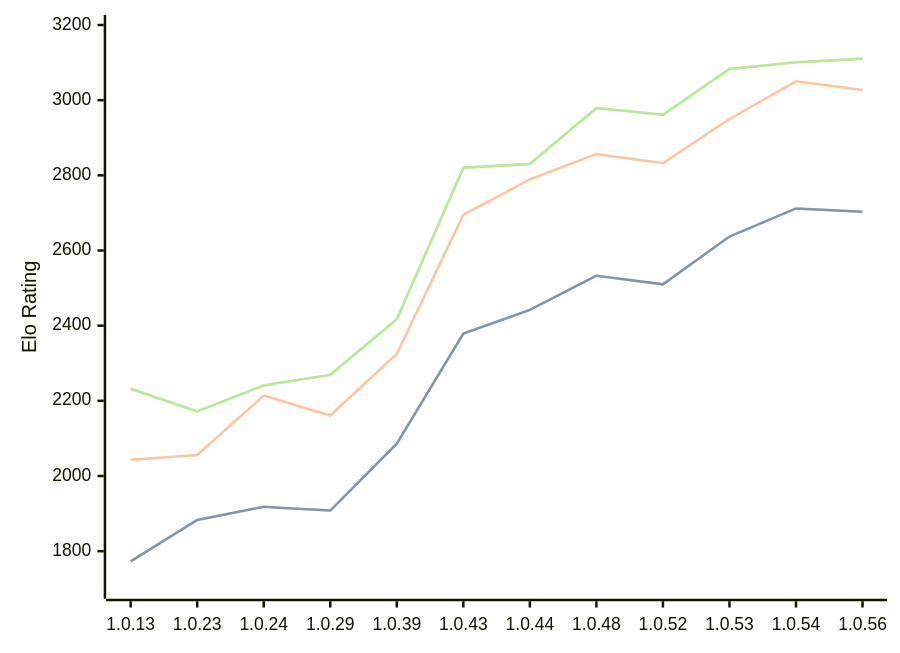
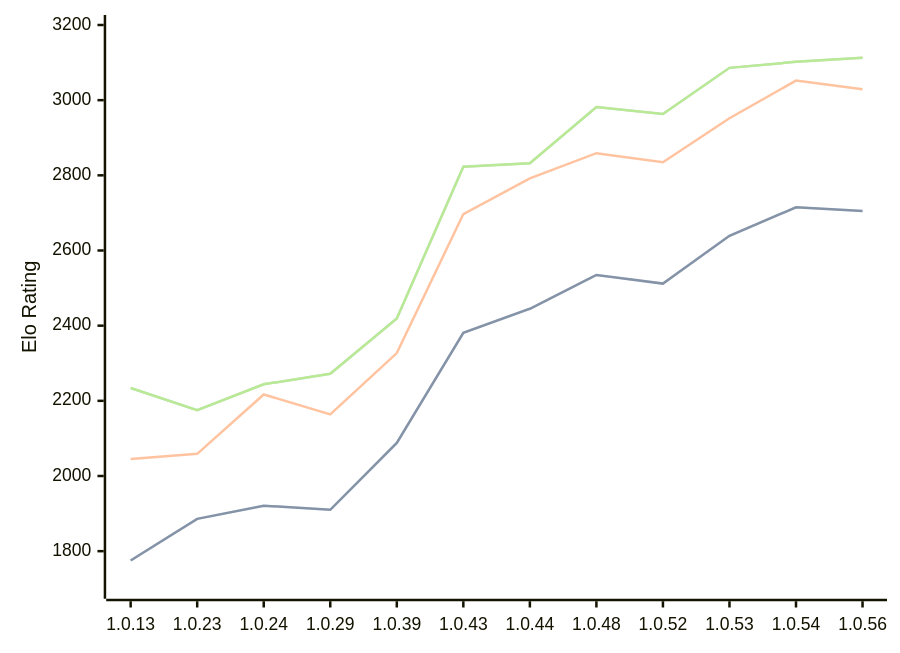
The diagram in engines/RustyRival.md (computer-chess-index/cci), drawn with Mermaid before and after one commit. The commit also changed other lines of this file, not shown here.

Commit message:
Update CCI Ratings (ELO VLTC) - 2026-09-24

````diff
--- a/engines/RustyRival.md
+++ b/engines/RustyRival.md
@@ -69,11 +69,11 @@
 ```mermaid
 %%{init: {"theme":"base","themeVariables":{"seriesColors:['#a3a3a3','#222221','#faa371']}}}%%
 xychart-beta
   x-axis ["1.0.13", "1.0.23", "1.0.24", "1.0.29", "1.0.39", "1.0.43", "1.0.44", "1.0.48", "1.0.52", "1.0.53", "1.0.54", "1.0.56"]
   y-axis "Elo Rating" 1700 --> 3200
-  line "" [1773, 1883, 1918, 1908, 2086, 2379, 2442, 2533, 2510, 2637, 2712, 2703]
-  line "STC (8.0+0.08s)" [1773, 1883, 1918, 1908, 2086, 2379, 2442, 2533, 2510, 2637, 2712, 2703]
-  line "LTC (60.0+0.60s)" [2043, 2056, 2214, 2161, 2325, 2695, 2789, 2857, 2832, 2950, 3050, 3027]
-  line "" [2232, 2172, 2241, 2269, 2417, 2820, 2830, 2979, 2961, 3083, 3101, 3110]
-  line "VLTC (2m24s+1.12s)" [2232, 2172, 2241, 2269, 2417, 2820, 2830, 2979, 2961, 3083, 3101, 3110]
+  line "" [1775, 1886, 1921, 1910, 2088, 2381, 2445, 2535, 2512, 2639, 2715, 2705]
+  line "STC (8.0+0.08s)" [1775, 1886, 1921, 1910, 2088, 2381, 2445, 2535, 2512, 2639, 2715, 2705]
+  line "LTC (60.0+0.60s)" [2045, 2059, 2217, 2164, 2327, 2697, 2792, 2859, 2835, 2952, 3052, 3029]
+  line "" [2234, 2175, 2244, 2272, 2419, 2823, 2832, 2982, 2963, 3086, 3102, 3113]
+  line "VLTC (2m24s+1.12s)" [2234, 2175, 2244, 2272, 2419, 2823, 2832, 2982, 2963, 3086, 3102, 3113]
 ```
````
